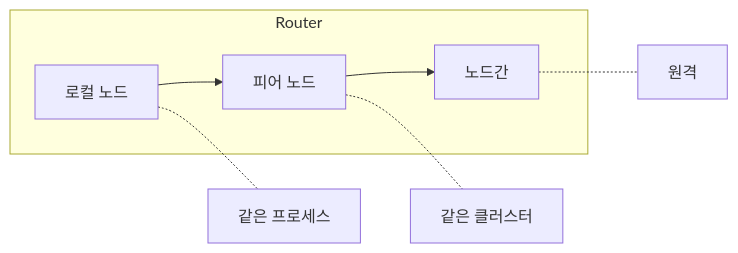
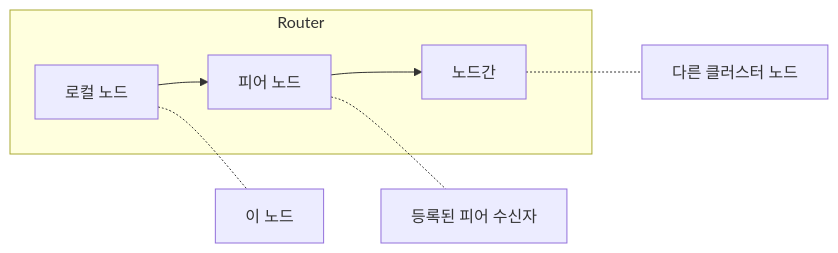
The third of 3 diagrams in ko/internals/architecture.md (wippyai/docs), drawn with Mermaid before and after one commit. The commit also changed other lines of this file and 693 other files, not shown here.

````diff
--- a/ko/internals/architecture.md
+++ b/ko/internals/architecture.md
@@ -170,11 +169,11 @@
 ```mermaid
 flowchart LR
     subgraph Router
         Local[로컬 노드] --> Peer[피어 노드]
         Peer --> Inter[노드간]
     end
 
-    Local -.- L[같은 프로세스]
-    Peer -.- P[같은 클러스터]
-    Inter -.- I[원격]
+    Local -.- L[이 노드]
+    Peer -.- P[등록된 피어 수신자]
+    Inter -.- I[다른 클러스터 노드]
 ```
````
